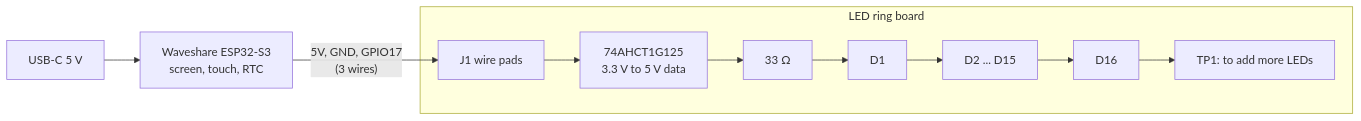
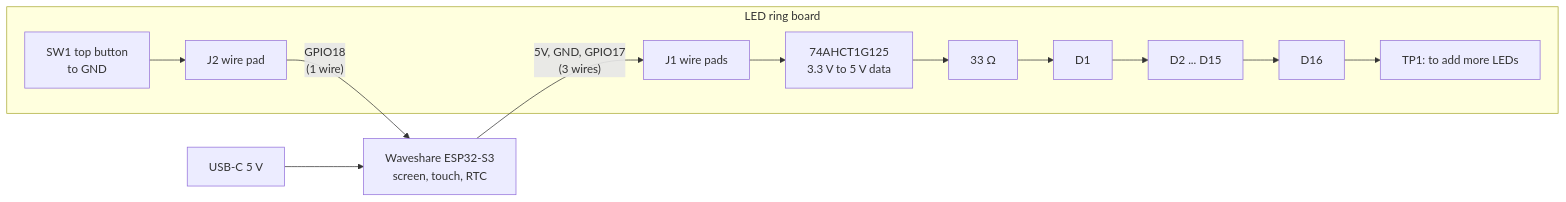
One commit to vancityactivist/bzzy changed the diagram in hardware/README.md. Above: the diagram before and after it, drawn with Mermaid. The commit also changed other lines of this file and 17 other files, not shown here.

First line of the commit message:
Add a top button: ring board rev B, case flexure, firmware on GPIO18

````diff
--- a/hardware/README.md
+++ b/hardware/README.md
@@ -25,9 +25,11 @@
 ```mermaid
 flowchart LR
   USB[USB-C 5 V] --> WS[Waveshare ESP32-S3<br/>screen, touch, RTC]
   WS -- "5V, GND, GPIO17<br/>(3 wires)" --> J1[J1 wire pads]
+  J2[J2 wire pad] -- "GPIO18<br/>(1 wire)" --> WS
   subgraph ring [LED ring board]
     J1 --> U1[74AHCT1G125<br/>3.3 V to 5 V data]
     U1 --> R2[33 Ω] --> D1[D1] --> D2[D2 ... D15] --> D16[D16] --> TP1[TP1: to add more LEDs]
+    SW1[SW1 top button<br/>to GND] --> J2
   end
 ```
````
